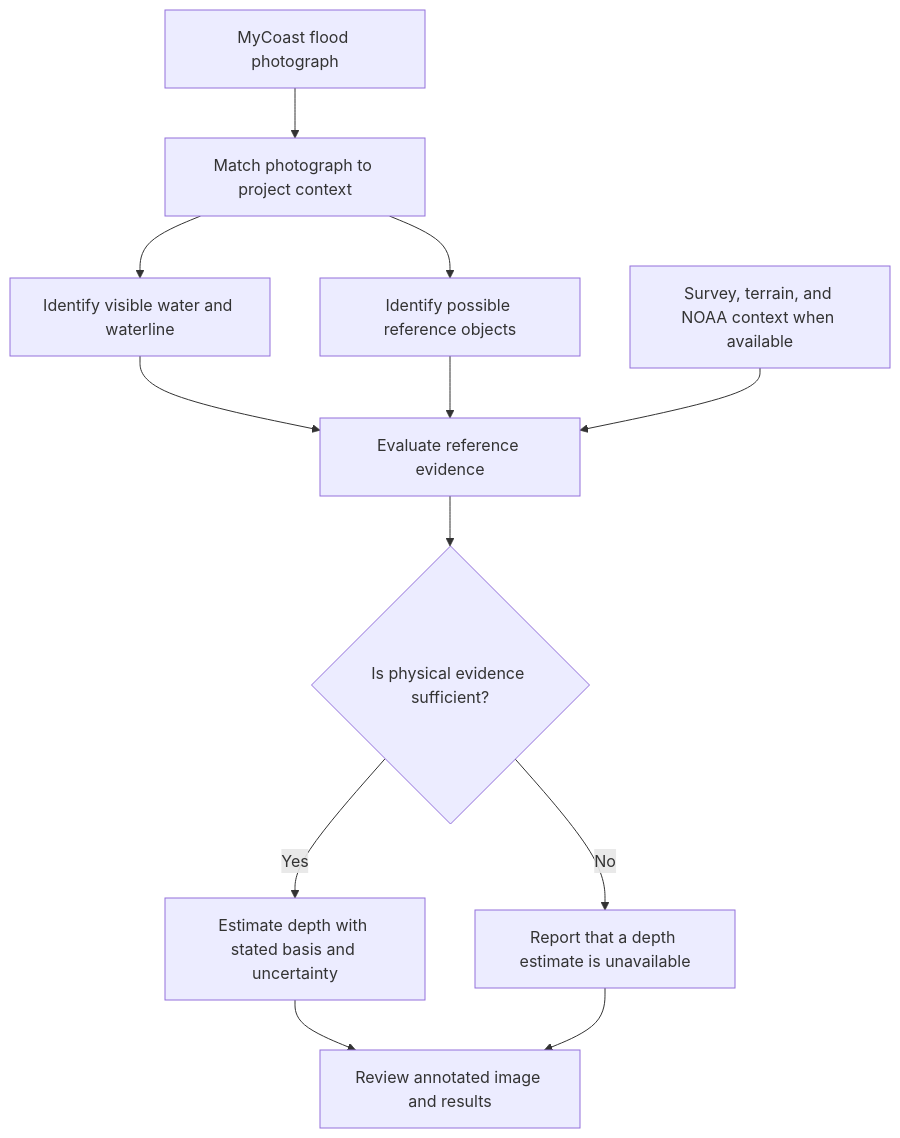
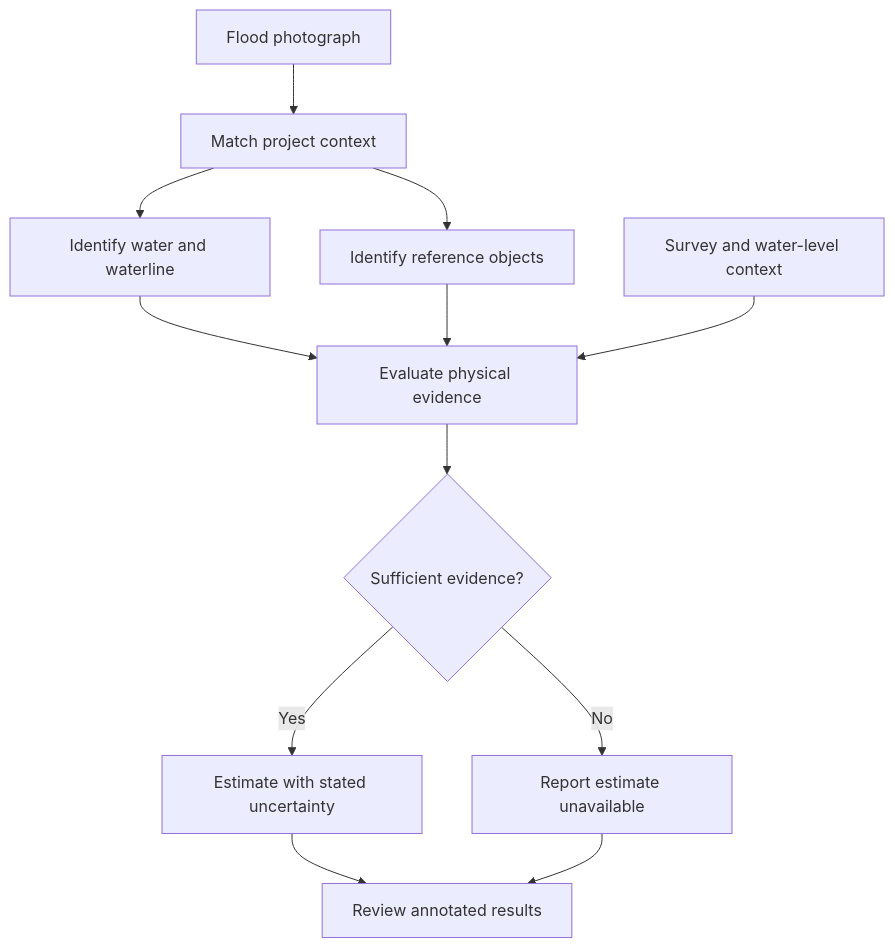
Before and after one commit to HIRAL13CHOKSI/mycoast-flood-photo-analysis: the diagram in README.md, drawn with Mermaid. The commit also changed other lines of this file, not shown here.

````diff
--- a/README.md
+++ b/README.md
@@ -17,14 +28,14 @@
 ```mermaid
 flowchart TD
-    A["MyCoast flood photograph"] --> B["Match photograph to project context"]
-    B --> C["Identify visible water and waterline"]
-    B --> D["Identify possible reference objects"]
-    C --> E["Evaluate reference evidence"]
+    A["Flood photograph"] --> B["Match project context"]
+    B --> C["Identify water and waterline"]
+    B --> D["Identify reference objects"]
+    C --> E["Evaluate physical evidence"]
     D --> E
-    F["Survey, terrain, and NOAA context when available"] --> E
-    E --> G{"Is physical evidence sufficient?"}
-    G -->|"Yes"| H["Estimate depth with stated basis and uncertainty"]
-    G -->|"No"| I["Report that a depth estimate is unavailable"]
-    H --> J["Review annotated image and results"]
+    F["Survey and water-level context"] --> E
+    E --> G{"Sufficient evidence?"}
+    G -->|"Yes"| H["Estimate with stated uncertainty"]
+    G -->|"No"| I["Report estimate unavailable"]
+    H --> J["Review annotated results"]
     I --> J
 ```
````
